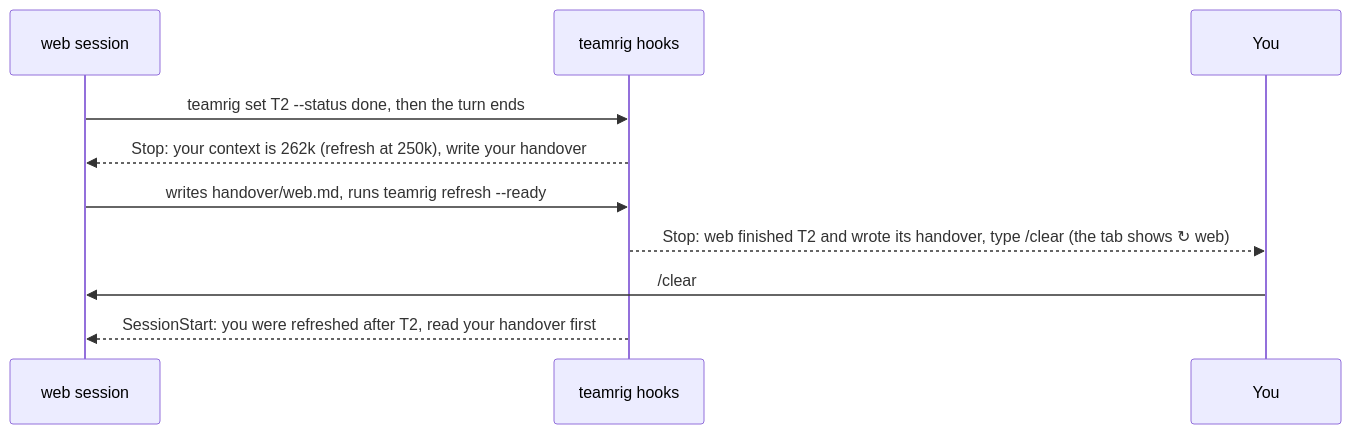
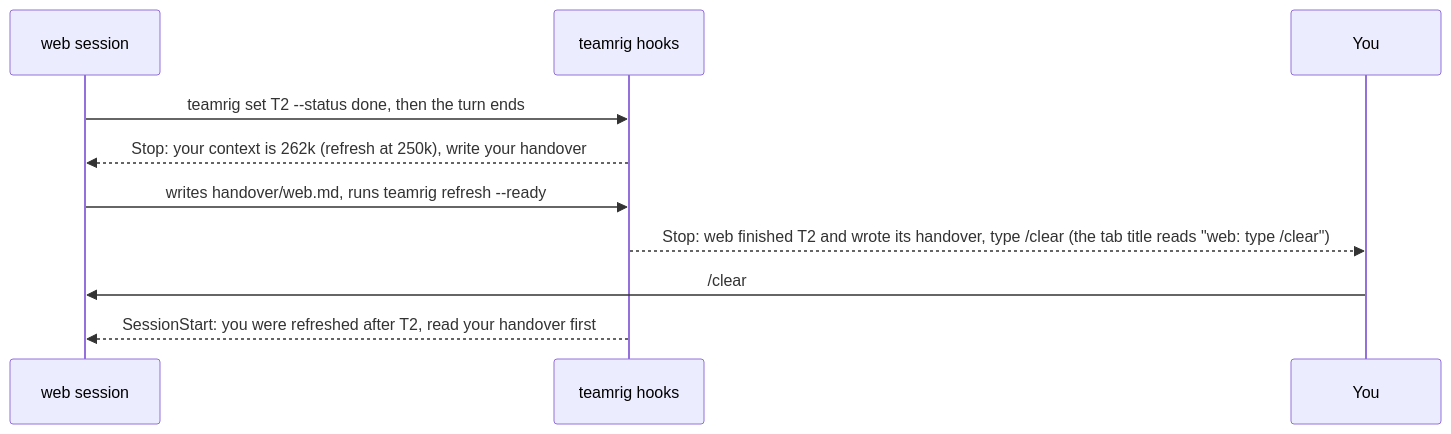
Before and after one commit to GeneralA6/teamrig: the sixth of 9 diagrams in docs/how-it-works.md, drawn with Mermaid. The commit also changed other lines of this file and 1 other file, not shown here.

````diff
--- a/docs/how-it-works.md
+++ b/docs/how-it-works.md
@@ -193,12 +193,12 @@
 ```mermaid
 sequenceDiagram
   participant W as web session
   participant H as teamrig hooks
   participant Y as You
   W->>H: teamrig set T2 --status done, then the turn ends
   H-->>W: Stop: your context is 262k (refresh at 250k), write your handover
   W->>H: writes handover/web.md, runs teamrig refresh --ready
-  H-->>Y: Stop: web finished T2 and wrote its handover, type /clear (the tab shows ↻ web)
+  H-->>Y: Stop: web finished T2 and wrote its handover, type /clear (the tab title reads "web: type /clear")
   Y->>W: /clear
   H-->>W: SessionStart: you were refreshed after T2, read your handover first
 ```
````
